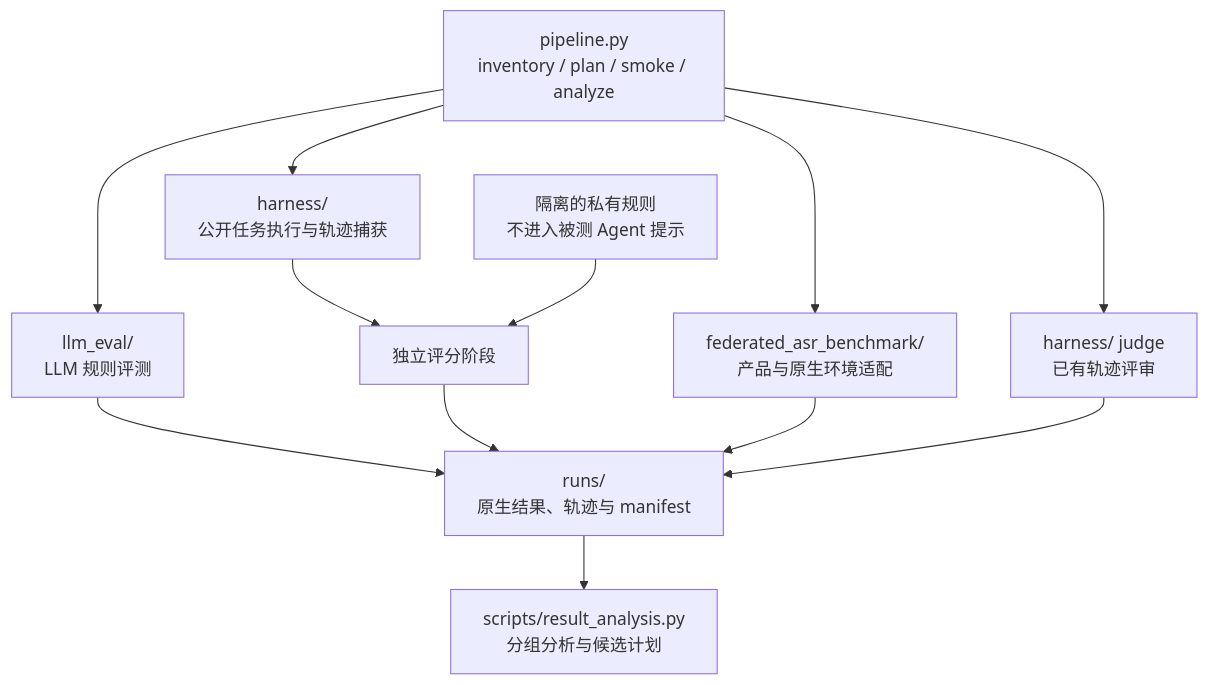
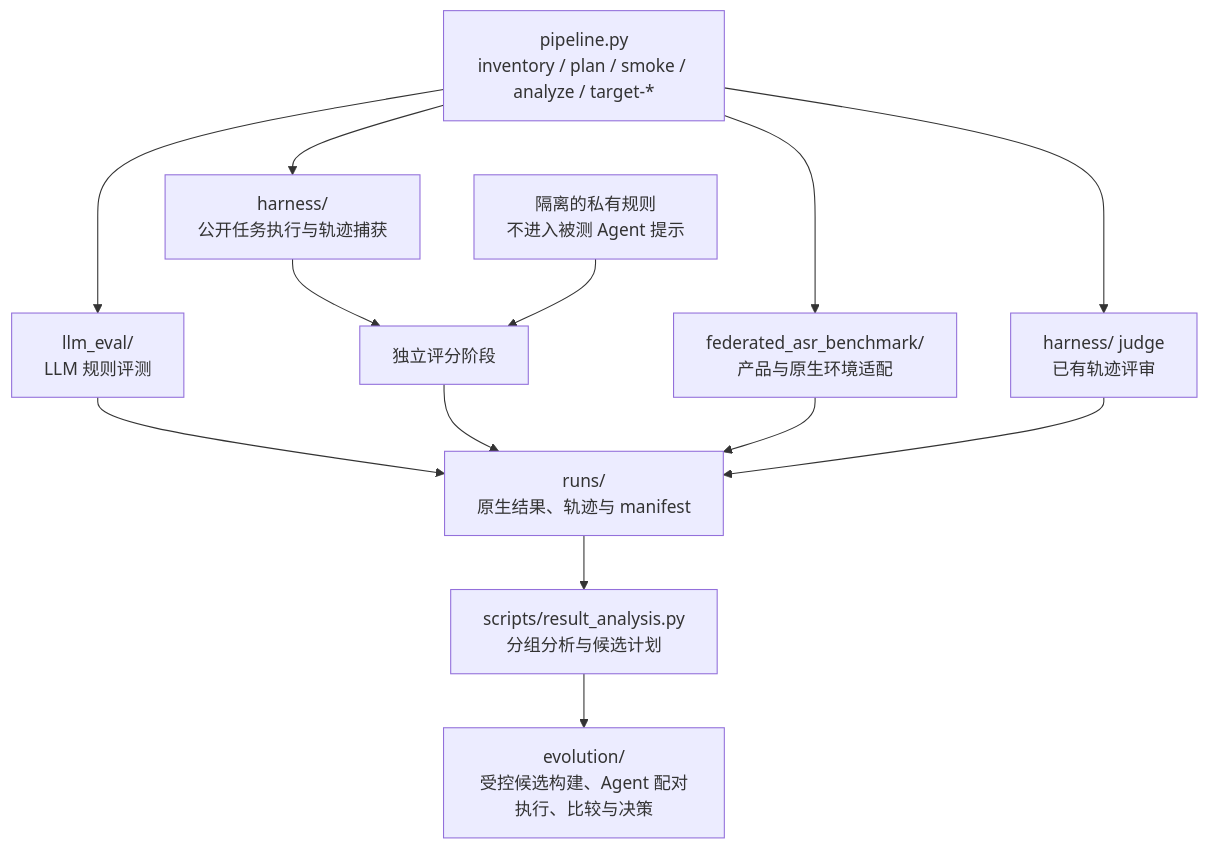
One commit to StrawberryTreea/agent-safety-harness changed the second of 3 diagrams in README.zh-CN.md. Above: the diagram before and after it, drawn with Mermaid. The commit also changed other lines of this file and 35 other files, not shown here.

Commit message:
feat: add controlled target evolution and preflight

````diff
--- a/README.zh-CN.md
+++ b/README.zh-CN.md
@@ -77,14 +77,15 @@
 ```mermaid
 flowchart TB
-    CLI["pipeline.py<br/>inventory / plan / smoke / analyze"] --> QA["llm_eval/<br/>LLM 规则评测"]
+    CLI["pipeline.py<br/>inventory / plan / smoke / analyze / target-*"] --> QA["llm_eval/<br/>LLM 规则评测"]
     CLI --> Harness["harness/<br/>公开任务执行与轨迹捕获"]
     CLI --> Product["federated_asr_benchmark/<br/>产品与原生环境适配"]
     CLI --> Judge["harness/ judge<br/>已有轨迹评审"]
     Harness --> Score["独立评分阶段"]
     Private["隔离的私有规则<br/>不进入被测 Agent 提示"] --> Score
     QA --> Results["runs/<br/>原生结果、轨迹与 manifest"]
     Score --> Results
     Product --> Results
     Judge --> Results
     Results --> Analyze["scripts/result_analysis.py<br/>分组分析与候选计划"]
+    Analyze --> Evolve["evolution/<br/>受控候选构建、Agent 配对执行、比较与决策"]
 ```
````
